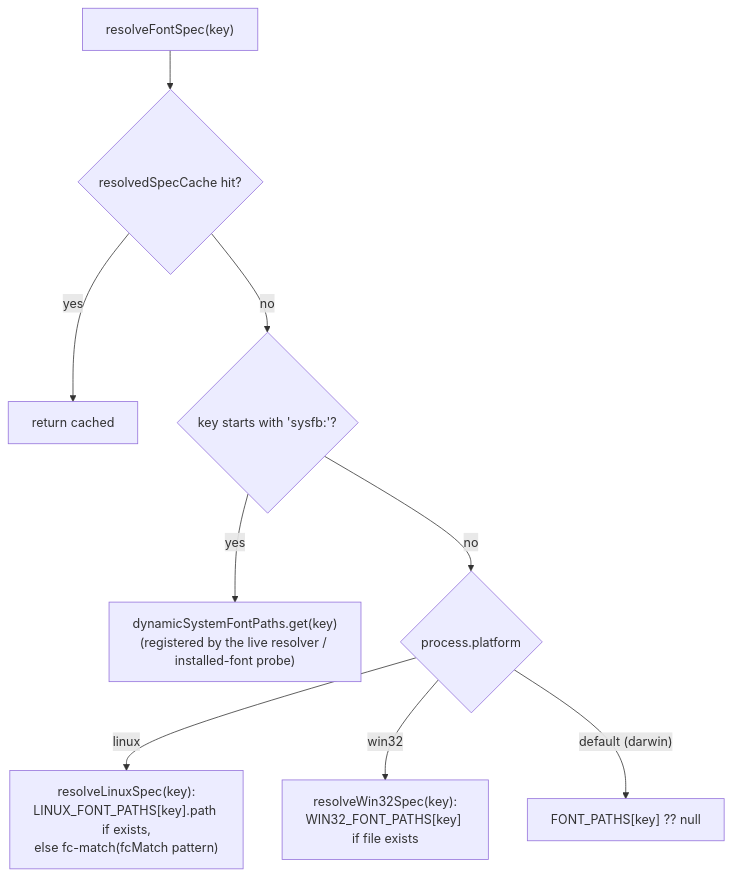
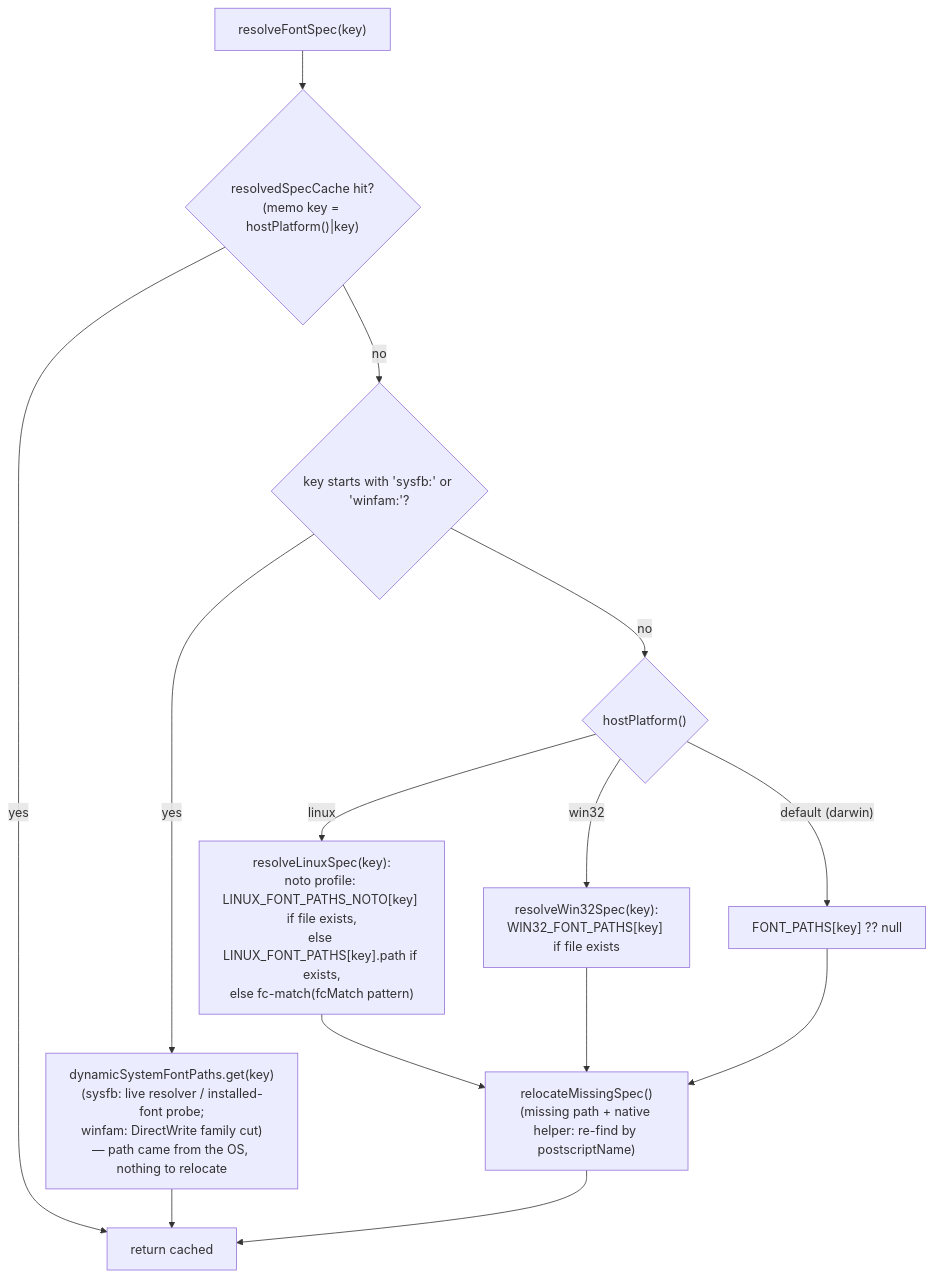
Before and after one commit to brianwestphal/domotion: the fifth of 11 diagrams in docs/font-resolution-diagram.md, drawn with Mermaid. The commit also changed other lines of this file and 3 other files, not shown here.

````diff
--- a/docs/font-resolution-diagram.md
+++ b/docs/font-resolution-diagram.md
@@ -993,11 +999,14 @@
 ```mermaid
 flowchart TD
-  RS0["resolveFontSpec(key)"] --> RS1{"resolvedSpecCache hit?"}
+  RS0["resolveFontSpec(key)"] --> RS1{"resolvedSpecCache hit?<br/>(memo key = hostPlatform()|key)"}
   RS1 -->|"yes"| RSC["return cached"]
-  RS1 -->|"no"| RS2{"key starts with 'sysfb:'?"}
-  RS2 -->|"yes"| RS3["dynamicSystemFontPaths.get(key)<br/>(registered by the live resolver / installed-font probe)"]
-  RS2 -->|"no"| RS4{"process.platform"}
-  RS4 -->|"linux"| RSL["resolveLinuxSpec(key):<br/>LINUX_FONT_PATHS[key].path if exists,<br/>else fc-match(fcMatch pattern)"]
+  RS1 -->|"no"| RS2{"key starts with 'sysfb:' or 'winfam:'?"}
+  RS2 -->|"yes"| RS3["dynamicSystemFontPaths.get(key)<br/>(sysfb: live resolver / installed-font probe;<br/>winfam: DirectWrite family cut)<br/>— path came from the OS, nothing to relocate"]
+  RS3 --> RSC
+  RS2 -->|"no"| RS4{"hostPlatform()"}
+  RS4 -->|"linux"| RSL["resolveLinuxSpec(key):<br/>noto profile: LINUX_FONT_PATHS_NOTO[key] if file exists,<br/>else LINUX_FONT_PATHS[key].path if exists,<br/>else fc-match(fcMatch pattern)"]
   RS4 -->|"win32"| RSW["resolveWin32Spec(key):<br/>WIN32_FONT_PATHS[key] if file exists"]
   RS4 -->|"default (darwin)"| RSD["FONT_PATHS[key] ?? null"]
+  RSL & RSW & RSD --> RSR["relocateMissingSpec()<br/>(missing path + native helper: re-find by postscriptName)"]
+  RSR --> RSC
 ```
````
